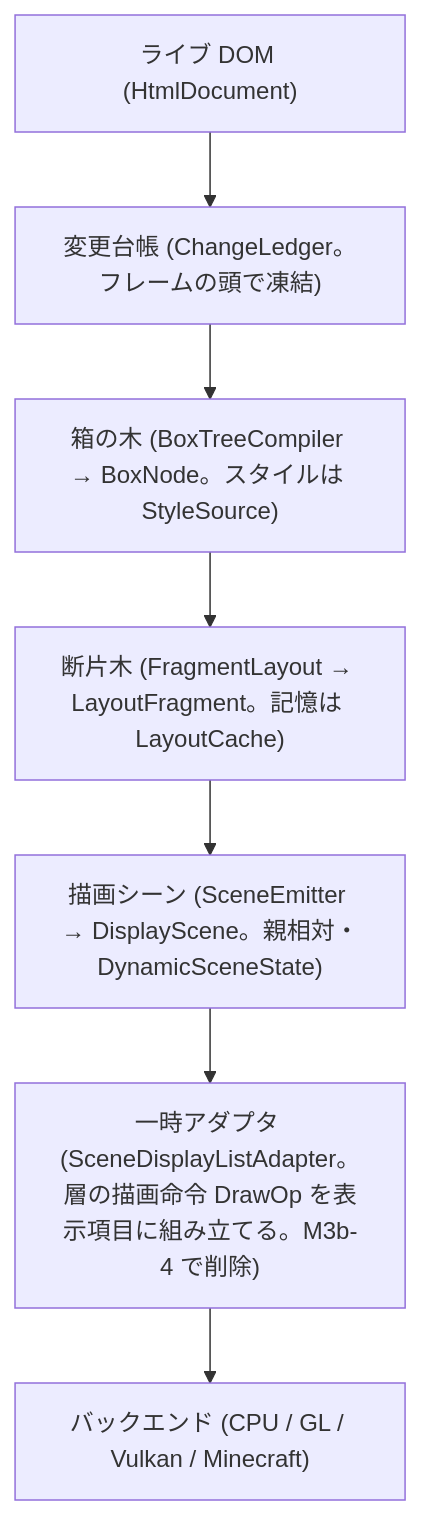
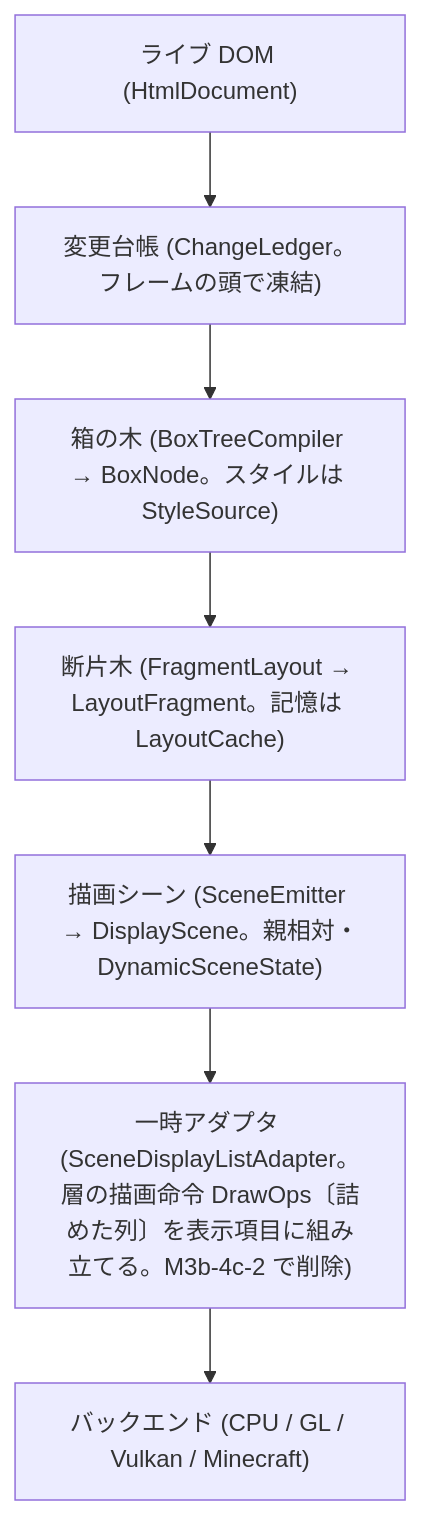
One commit to nishiyu24/EnderFrameLib changed the second of 2 diagrams in docs/ARCHITECTURE.md. Above: the diagram before and after it, drawn with Mermaid. The commit also changed 31 other files, not shown here.

First line of the commit message:
refactor(paint): 層の描画命令を詰めた DrawOps にする (M3b)

````diff
--- a/docs/ARCHITECTURE.md
+++ b/docs/ARCHITECTURE.md
@@ -213,9 +213,9 @@
 ```mermaid
 flowchart TD
     DOM["ライブ DOM (HtmlDocument)"] --> Ledger["変更台帳 (ChangeLedger。フレームの頭で凍結)"]
     Ledger --> BoxTree["箱の木 (BoxTreeCompiler → BoxNode。スタイルは StyleSource)"]
     BoxTree --> Layout["断片木 (FragmentLayout → LayoutFragment。記憶は LayoutCache)"]
     Layout --> Scene["描画シーン (SceneEmitter → DisplayScene。親相対・DynamicSceneState)"]
-    Scene --> Adapter["一時アダプタ (SceneDisplayListAdapter。層の描画命令 DrawOp を表示項目に組み立てる。M3b-4 で削除)"]
+    Scene --> Adapter["一時アダプタ (SceneDisplayListAdapter。層の描画命令 DrawOps〔詰めた列〕を表示項目に組み立てる。M3b-4c-2 で削除)"]
     Adapter --> Drawer["バックエンド (CPU / GL / Vulkan / Minecraft)"]
 ```
````
